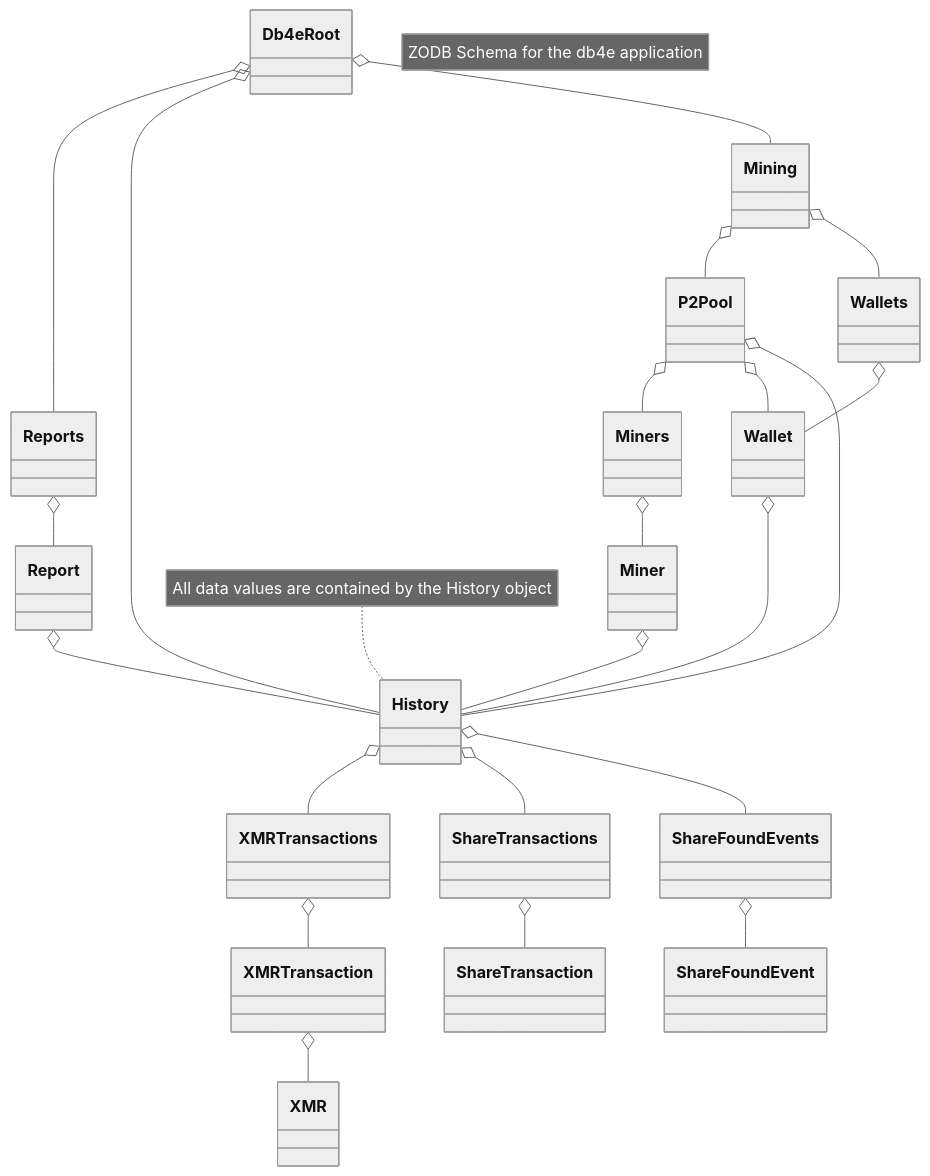
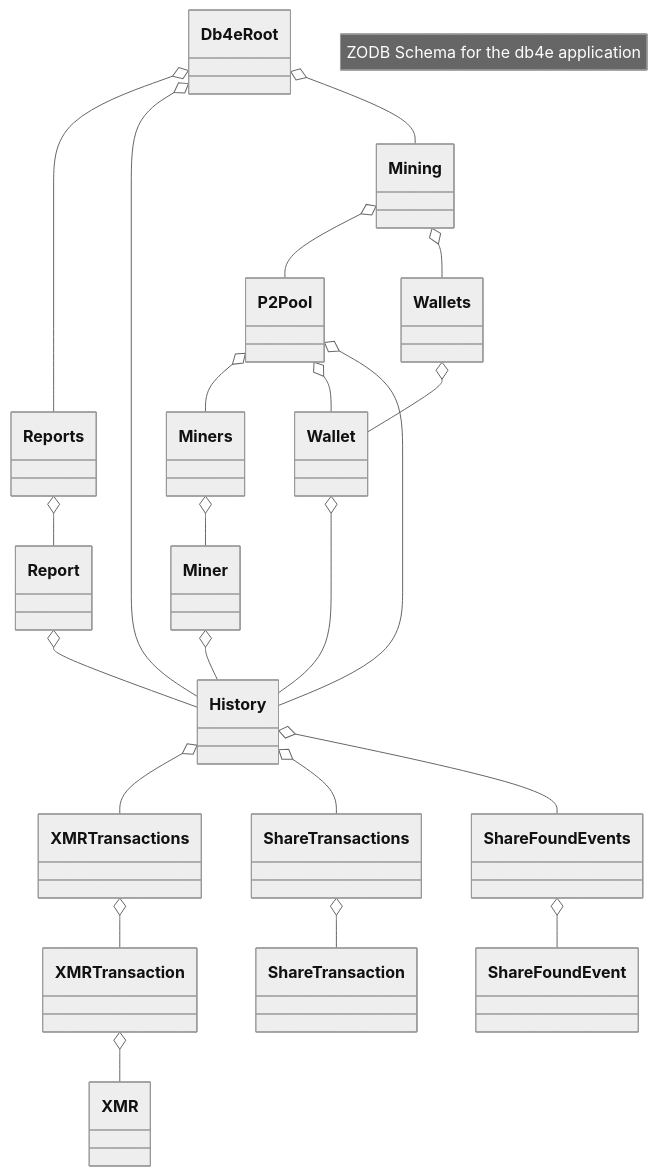
Before and after one commit to NadimGhaznavi/myzodb: the diagram in _posts/2024-06-05-ZODB-Schema.md, drawn with Mermaid (neutral theme).

```diff
--- a/_posts/2024-06-05-ZODB-Schema.md
+++ b/_posts/2024-06-05-ZODB-Schema.md
@@ -12,33 +12,32 @@
 <pre class="mermaid">    
   classDiagram
     note "ZODB Schema for the db4e application"
     Db4eRoot o-- Reports
     Db4eRoot o-- History
     Db4eRoot o-- Mining
     
     Reports o-- Report
     
     Mining o-- P2Pool
     Mining o-- Wallets
 
     Wallets o-- Wallet
 
     P2Pool o-- Miners
     Miners o-- Miner
     P2Pool o-- Wallet
     P2Pool o-- History
         
     Report o-- History
     Wallet o-- History
     Miner o-- History
         
     History o-- XMRTransactions
     History o-- ShareTransactions
     History o-- ShareFoundEvents
     XMRTransactions o-- XMRTransaction
     ShareTransactions o-- ShareTransaction
     ShareFoundEvents o-- ShareFoundEvent
 
     XMRTransaction o-- XMR
-    note for History "All data values are contained by the History object"
-</pre>
+    </pre>
```
